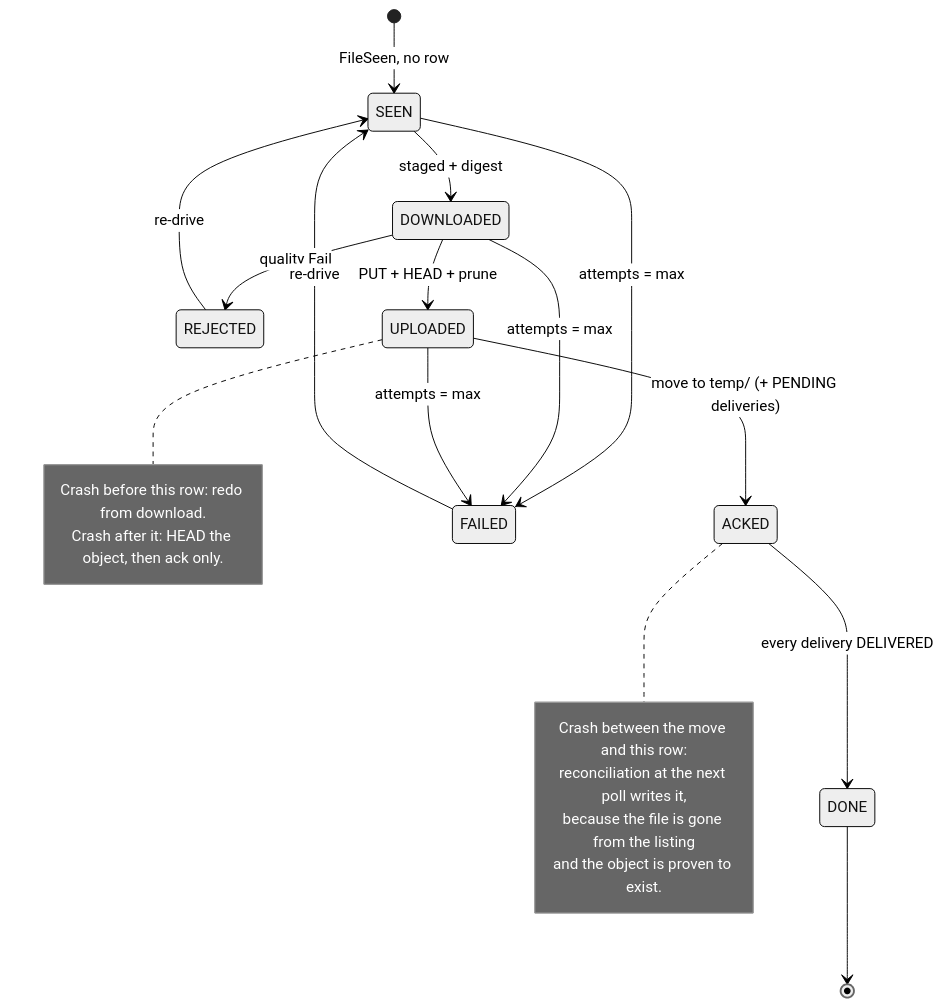
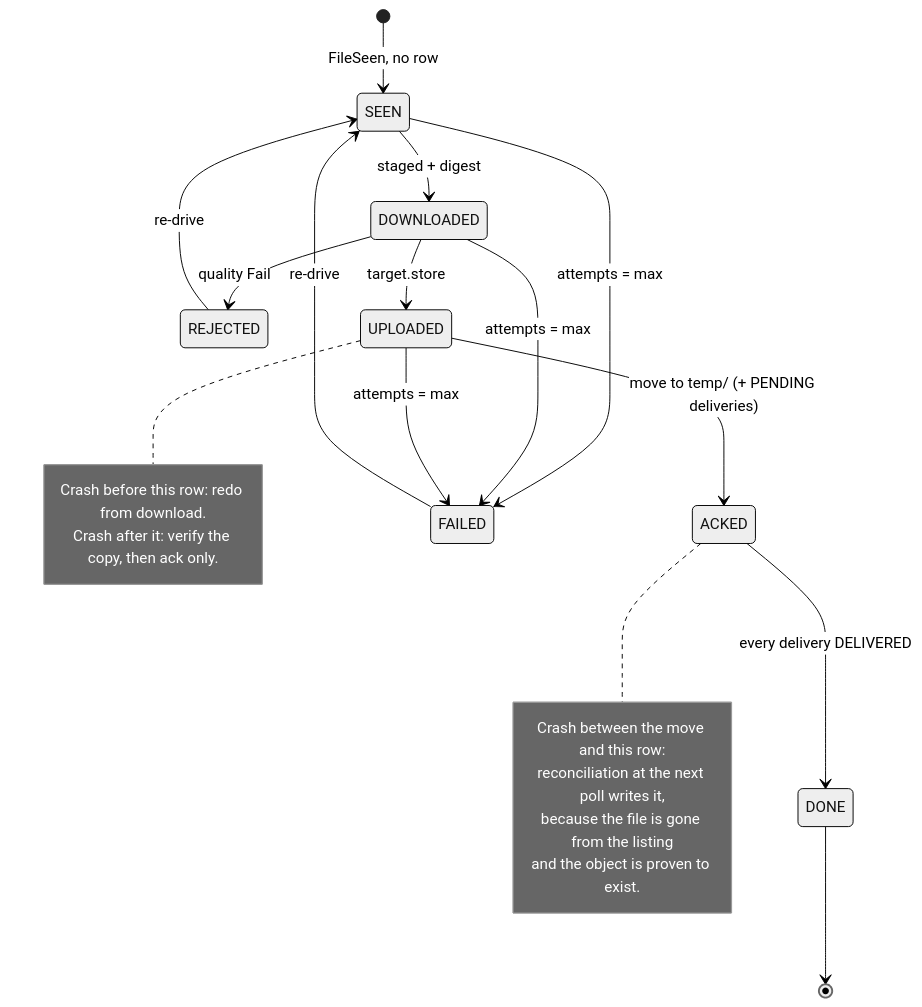
The fifth of 6 diagrams in docs/sftpingest/overview.md (Chang-Chia-Chi/Kotlin_Practice), drawn with Mermaid (neutral theme) before and after one commit. The commit also changed other lines of this file and 10 other files, not shown here.

````diff
--- a/docs/sftpingest/overview.md
+++ b/docs/sftpingest/overview.md
@@ -183,26 +181,26 @@
 ```mermaid
 stateDiagram-v2
     [*] --> SEEN: FileSeen, no row
     SEEN --> DOWNLOADED: staged + digest
     DOWNLOADED --> REJECTED: quality Fail
-    DOWNLOADED --> UPLOADED: PUT + HEAD + prune
+    DOWNLOADED --> UPLOADED: target.store
     UPLOADED --> ACKED: move to temp/ (+ PENDING deliveries)
     ACKED --> DONE: every delivery DELIVERED
     SEEN --> FAILED: attempts = max
     DOWNLOADED --> FAILED: attempts = max
     UPLOADED --> FAILED: attempts = max
     REJECTED --> SEEN: re-drive
     FAILED --> SEEN: re-drive
     DONE --> [*]
 
     note right of UPLOADED
         Crash before this row: redo from download.
-        Crash after it: HEAD the object, then ack only.
+        Crash after it: verify the copy, then ack only.
     end note
     note right of ACKED
         Crash between the move and this row:
         reconciliation at the next poll writes it,
         because the file is gone from the listing
         and the object is proven to exist.
     end note
 ```
````
